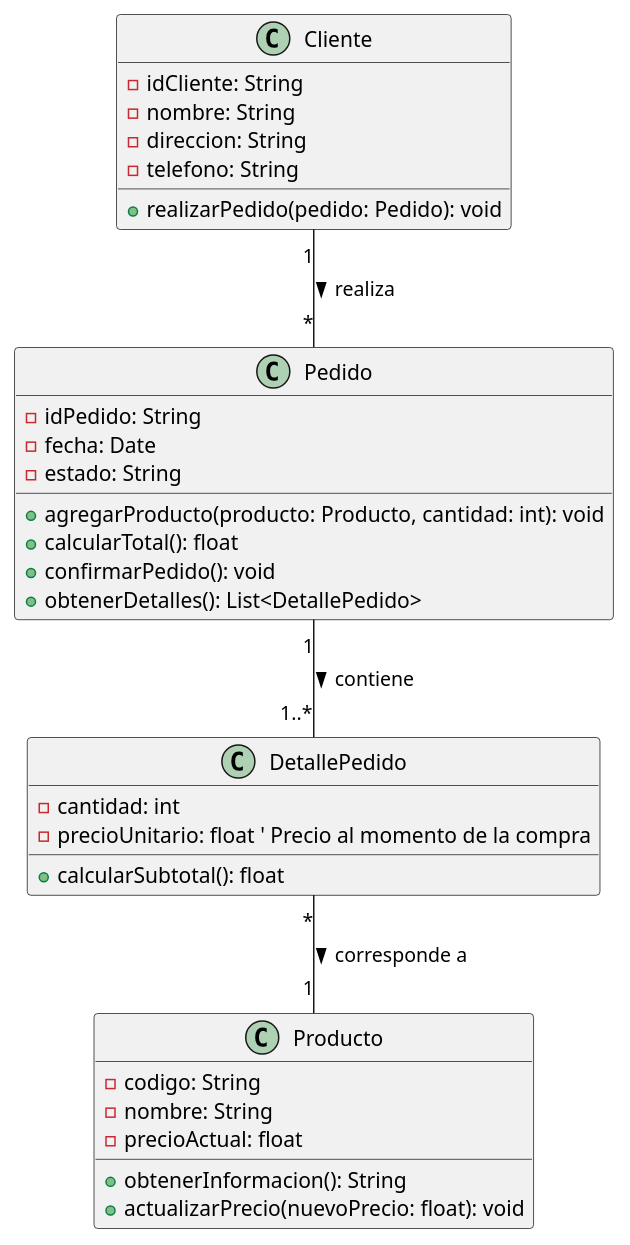
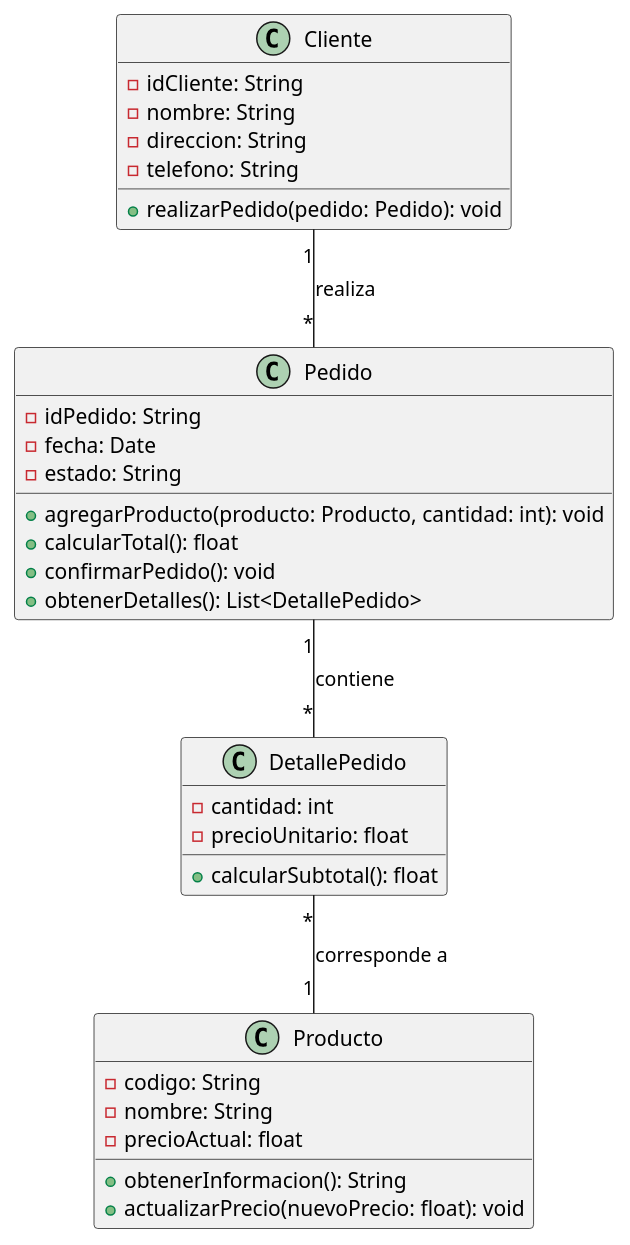
One commit to pablodmconti/PII-Repartido5 changed the diagram in src/Ejercicio2/Ejercicio2.puml. Above: the diagram before and after it, drawn with PlantUML. The commit also changed 9 other files, not shown here.

```diff
--- a/src/Ejercicio2/Ejercicio2.puml
+++ b/src/Ejercicio2/Ejercicio2.puml
@@ -1,41 +1,41 @@
 @startuml
 'https://plantuml.com/class-diagram
 
 class Cliente {
   - idCliente: String
   - nombre: String
   - direccion: String
   - telefono: String
   + realizarPedido(pedido: Pedido): void
 }
 
 class Pedido {
   - idPedido: String
   - fecha: Date
   - estado: String
   + agregarProducto(producto: Producto, cantidad: int): void
   + calcularTotal(): float
   + confirmarPedido(): void
   + obtenerDetalles(): List<DetallePedido>
 }
 
 class DetallePedido {
   - cantidad: int
-  - precioUnitario: float ' Precio al momento de la compra
+  - precioUnitario: float
   + calcularSubtotal(): float
 }
 
 class Producto {
   - codigo: String
   - nombre: String
   - precioActual: float
   + obtenerInformacion(): String
   + actualizarPrecio(nuevoPrecio: float): void
 }
 
 ' --- Relaciones ---
-Cliente "1" -- "*" Pedido : realiza >
-Pedido "1" -- "1..*" DetallePedido : contiene >
-DetallePedido "*" -- "1" Producto : corresponde a >
+Cliente "1" -- "*" Pedido : realiza
+Pedido "1" -- "*" DetallePedido : contiene
+DetallePedido "*" -- "1" Producto : corresponde a
 
 @enduml
```
